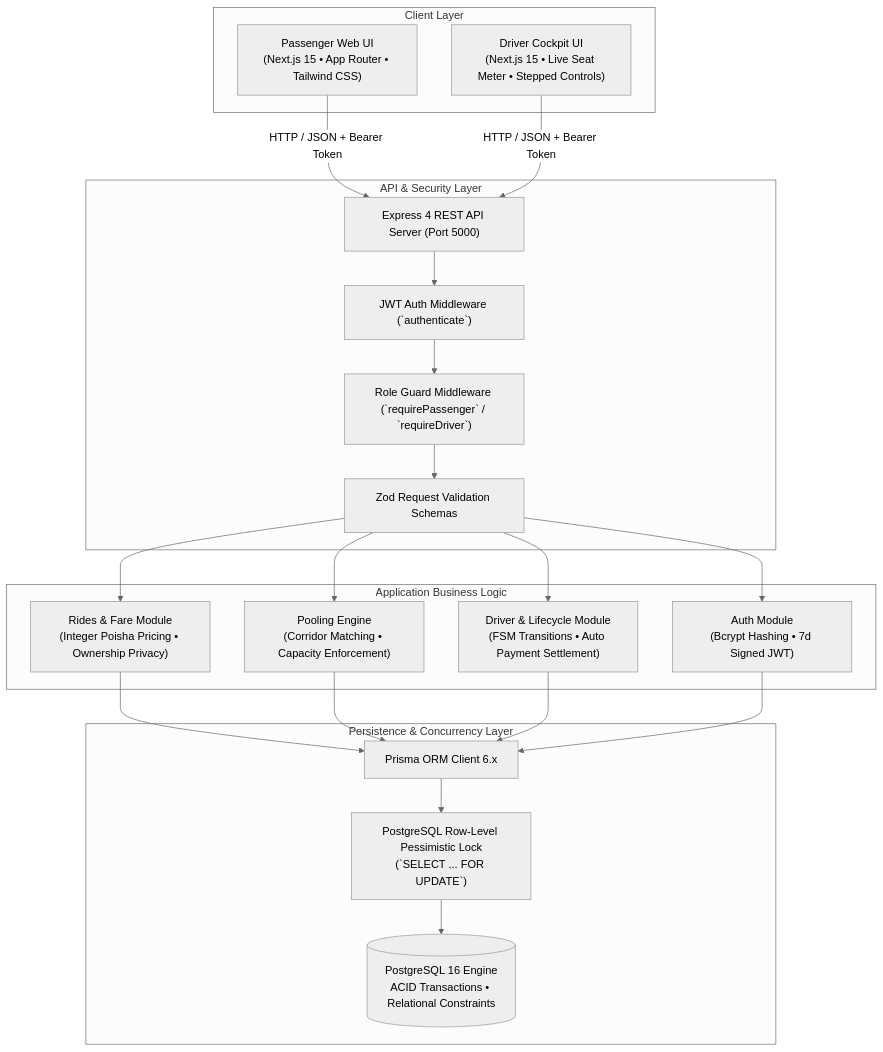
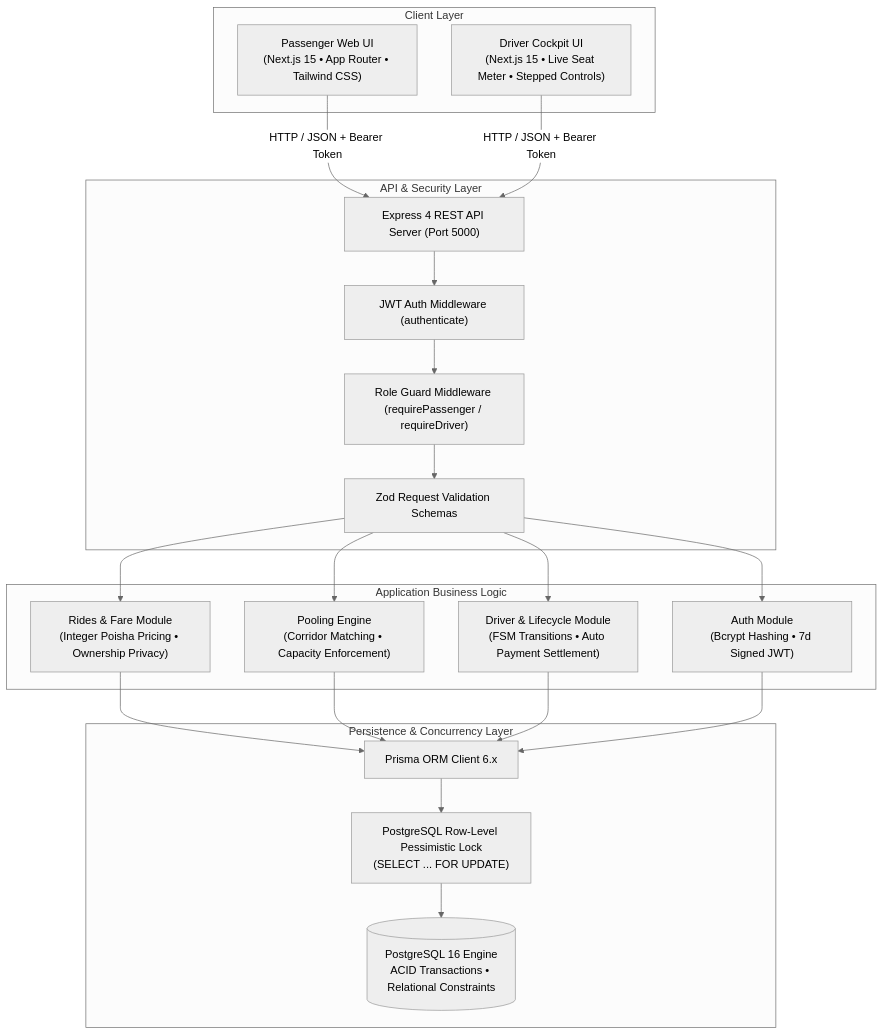
One commit to Maharab2134/dhaka-tesla-pool changed the first of 4 diagrams in docs/architecture.md. Above: the diagram before and after it, drawn with Mermaid (neutral theme). The commit also changed 1 other file, not shown here.

Commit message:
docs: fix mermaid diagram label formatting and add live render deployment links

````diff
--- a/docs/architecture.md
+++ b/docs/architecture.md
@@ -13,47 +13,47 @@
 ```mermaid
 flowchart TD
     subgraph Clients["Client Layer"]
         P_UI["Passenger Web UI<br/>(Next.js 15 • App Router • Tailwind CSS)"]
         D_UI["Driver Cockpit UI<br/>(Next.js 15 • Live Seat Meter • Stepped Controls)"]
     end
 
     subgraph Gateway["API & Security Layer"]
         API_GATE["Express 4 REST API Server (Port 5000)"]
-        AUTH_MID["JWT Auth Middleware (`authenticate`)"]
-        RBAC_MID["Role Guard Middleware (`requirePassenger` / `requireDriver`)"]
+        AUTH_MID["JWT Auth Middleware (authenticate)"]
+        RBAC_MID["Role Guard Middleware (requirePassenger / requireDriver)"]
         ZOD_VAL["Zod Request Validation Schemas"]
     end
 
     subgraph Modules["Application Business Logic"]
         AUTH_MOD["Auth Module<br/>(Bcrypt Hashing • 7d Signed JWT)"]
         RIDES_MOD["Rides & Fare Module<br/>(Integer Poisha Pricing • Ownership Privacy)"]
         POOLS_MOD["Pooling Engine<br/>(Corridor Matching • Capacity Enforcement)"]
         DRIVERS_MOD["Driver & Lifecycle Module<br/>(FSM Transitions • Auto Payment Settlement)"]
     end
 
     subgraph Data["Persistence & Concurrency Layer"]
         PRISMA["Prisma ORM Client 6.x"]
-        LOCK["PostgreSQL Row-Level Pessimistic Lock<br/>(`SELECT ... FOR UPDATE`)"]
+        LOCK["PostgreSQL Row-Level Pessimistic Lock<br/>(SELECT ... FOR UPDATE)"]
         POSTGRES[("PostgreSQL 16 Engine<br/>ACID Transactions • Relational Constraints")]
     end
 
     P_UI -->|HTTP / JSON + Bearer Token| API_GATE
     D_UI -->|HTTP / JSON + Bearer Token| API_GATE
 
     API_GATE --> AUTH_MID
     AUTH_MID --> RBAC_MID
     RBAC_MID --> ZOD_VAL
 
     ZOD_VAL --> AUTH_MOD
     ZOD_VAL --> RIDES_MOD
     ZOD_VAL --> POOLS_MOD
     ZOD_VAL --> DRIVERS_MOD
 
     RIDES_MOD --> PRISMA
     POOLS_MOD --> PRISMA
     DRIVERS_MOD --> PRISMA
     AUTH_MOD --> PRISMA
 
     PRISMA --> LOCK
     LOCK --> POSTGRES
 ```
````
